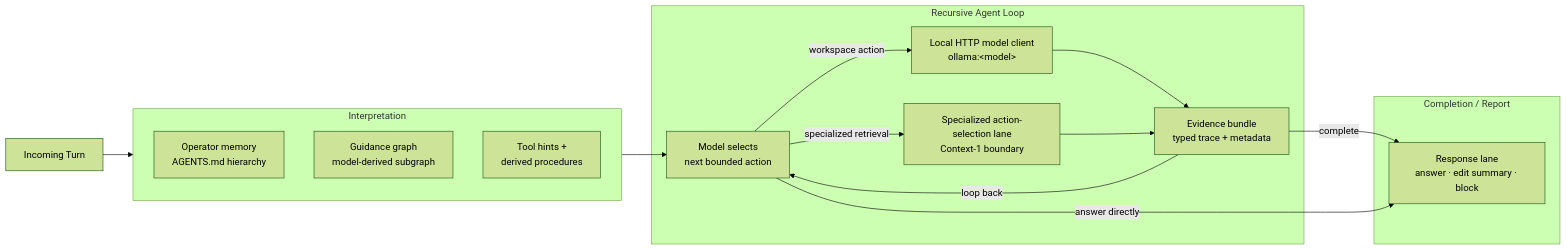
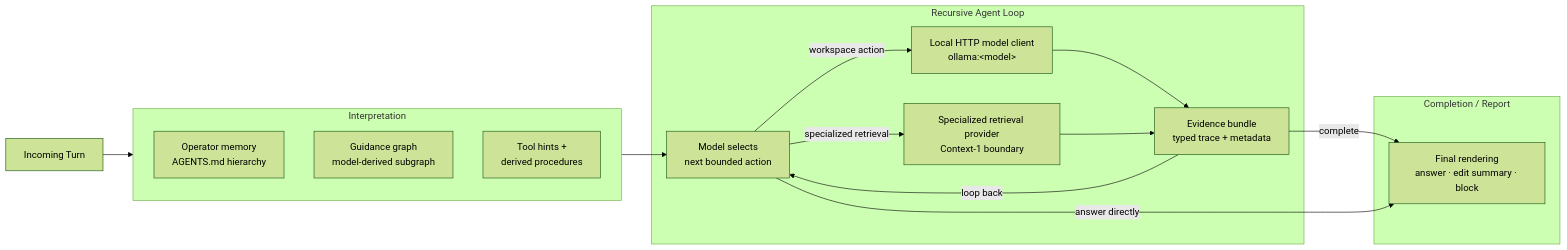
One commit to spoke-sh/paddles changed the second of 6 diagrams in README.md. Above: the diagram before and after it, drawn with Mermaid (forest theme). The commit also changed other lines of this file and 39 other files, not shown here.

````diff
--- a/README.md
+++ b/README.md
@@ -117,28 +117,28 @@
 ```mermaid
 flowchart LR
     Turn["Incoming Turn"]
 
     subgraph Interpret ["Interpretation"]
         Memory["Operator memory<br/>AGENTS.md hierarchy"]
         Graph["Guidance graph<br/>model-derived subgraph"]
         Hints["Tool hints +<br/>derived procedures"]
     end
 
     subgraph Plan ["Recursive Agent Loop"]
         Decide["Model selects<br/>next bounded action"]
         Local["Local HTTP model client<br/>ollama:&lt;model&gt;"]
-        Heavy["Specialized action-selection lane<br/>Context-1 boundary"]
+        Heavy["Specialized retrieval provider<br/>Context-1 boundary"]
         Evidence["Evidence bundle<br/>typed trace + metadata"]
     end
 
     subgraph Finish ["Completion / Report"]
-        Synth["Response lane<br/>answer · edit summary · block"]
+        Synth["Final rendering<br/>answer · edit summary · block"]
     end
 
     Turn --> Interpret --> Decide
     Decide -->|"workspace action"| Local --> Evidence
     Decide -->|"specialized retrieval"| Heavy --> Evidence
     Evidence -->|"loop back"| Decide
     Evidence -->|"complete"| Synth
     Decide -->|"answer directly"| Synth
 ```
````
